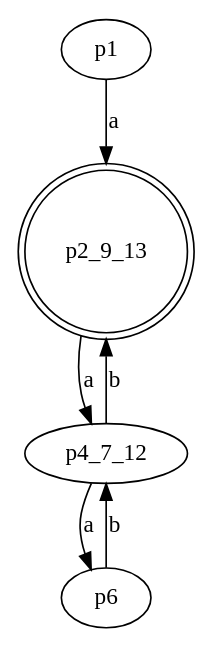
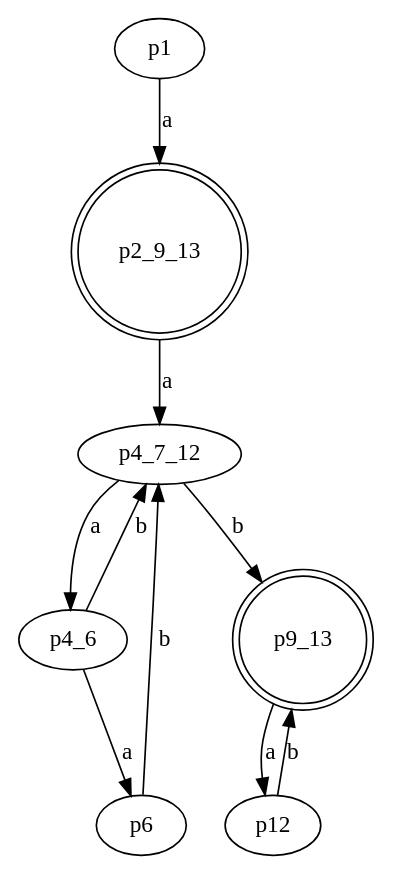
Before and after one commit to NRU-MPEI-IMAI/git-Edmelissa: the diagram in Task3/3_2(min).gv, drawn with Graphviz.

```diff
--- a/Task3/3_2(min).gv
+++ b/Task3/3_2(min).gv
@@ -1,18 +1,26 @@
 digraph G 
 {
     n1 [label = p1]
     n2_9_13 [label = p2_9_13, shape = doublecircle]
     n4_7_12 [label = p4_7_12]
+    n4_6 [label = p4_6]
+    n9_13 [label = p9_13, shape = doublecircle]
     n6 [label = p6]
+    n12 [label = p12]
 
     n1 -> n2_9_13 [label = "a"]
     
     n2_9_13 -> n4_7_12 [label = "a"]
     
-    n4_7_12 -> n2_9_13 [label = "b"]
+    n4_7_12 -> n4_6 [label = "a"]
+    n4_7_12 -> n9_13 [label = "b"]
     
-    n4_7_12 -> n6 [label = "a"]
+    n4_6 -> n6 [label = "a"]
+    n4_6 -> n4_7_12 [label = "b"]
+    
+    n9_13 -> n12 [label = "a"]
     
     n6 -> n4_7_12 [label = "b"]
-
+    
+    n12 -> n9_13 [label = "b"]
 }
```
